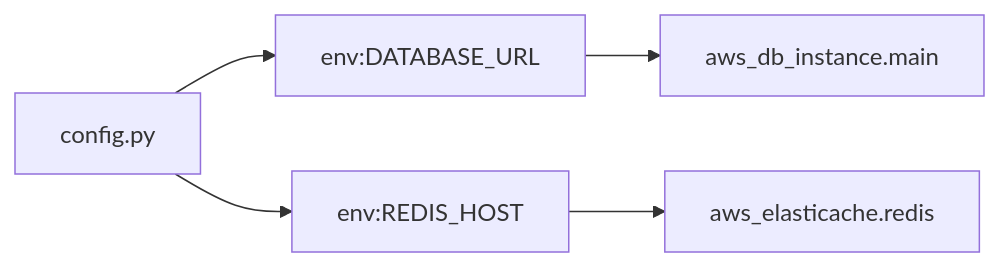
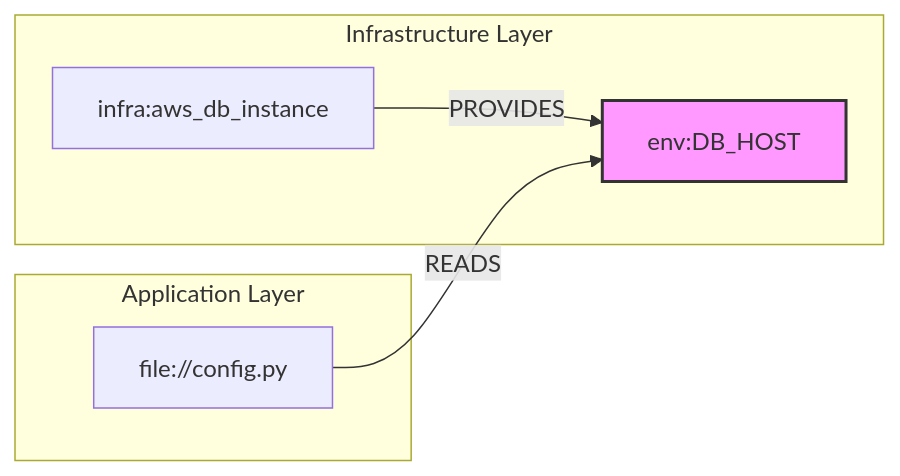
One commit to bordumb/jnkn changed the diagram in docs/explanation/concepts/dependency-graph.md. Above: the diagram before and after it, drawn with Mermaid. The commit also changed other lines of this file and 14 other files, not shown here.

````diff
--- a/docs/explanation/concepts/dependency-graph.md
+++ b/docs/explanation/concepts/dependency-graph.md
@@ -12,7 +16,11 @@
 ```mermaid
 graph LR
-    F[config.py] --> E[env:DATABASE_URL]
-    E --> T[aws_db_instance.main]
-    F --> R[env:REDIS_HOST]
-    R --> C[aws_elasticache.redis]
+    subgraph "Infrastructure Layer"
+        T[infra:aws_db_instance] --"PROVIDES"--> E[env:DB_HOST]
+    end
+    subgraph "Application Layer"
+        C[file://config.py] --"READS"--> E
+    end
+    
+    style E fill:#f9f,stroke:#333,stroke-width:2px
 ```
````
